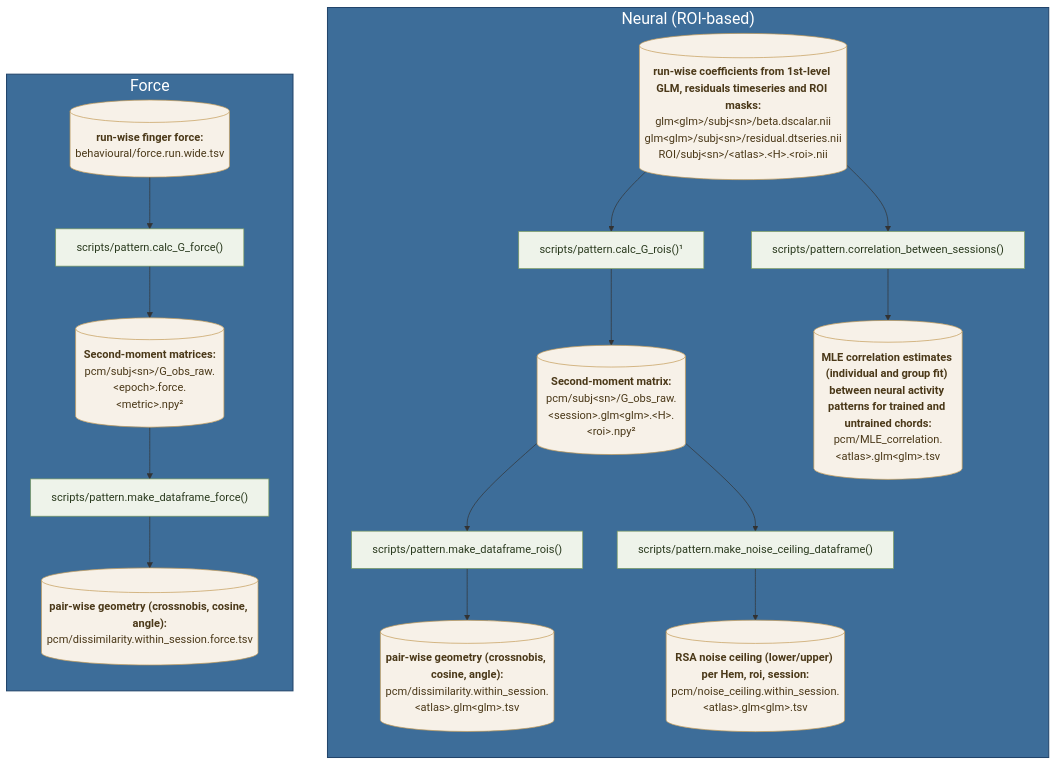
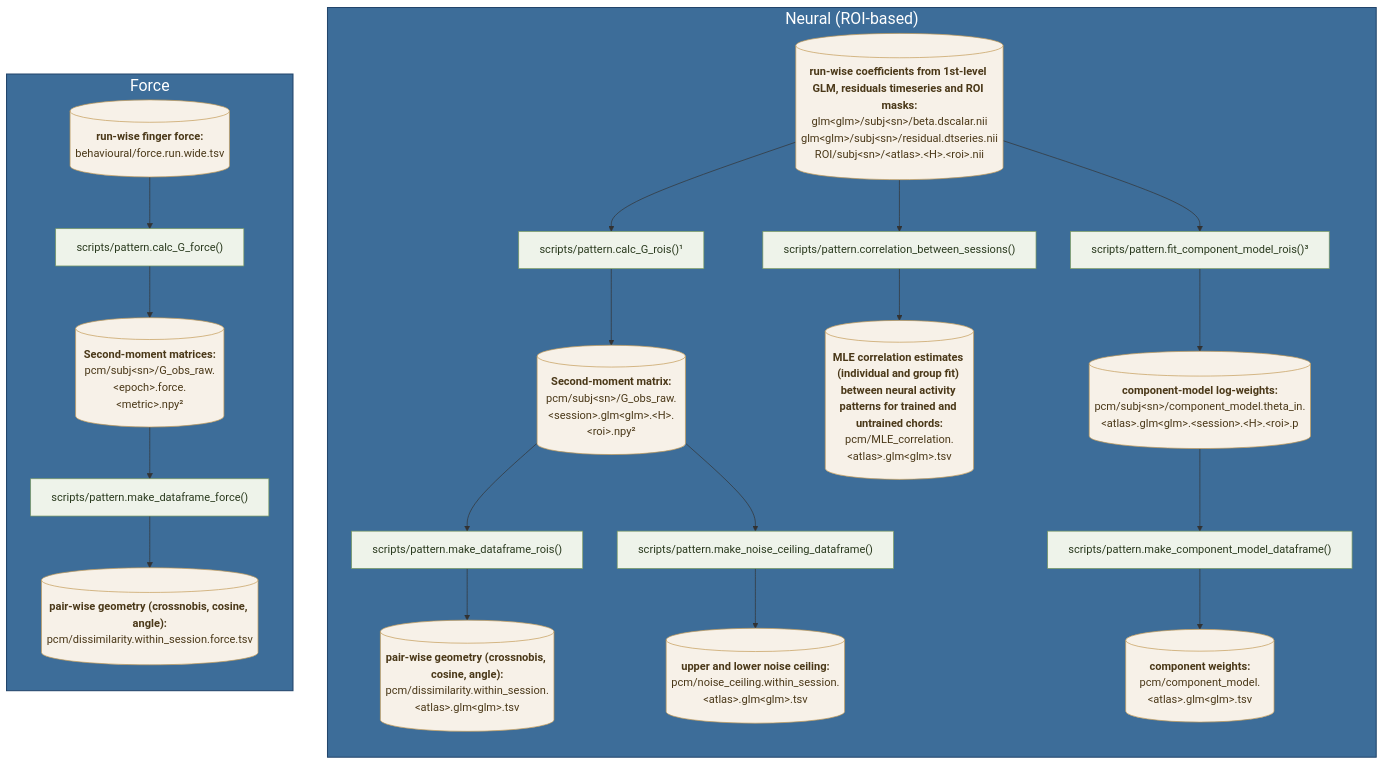
The third of 3 diagrams in README.md (mnlmrc/extension-flexion-chords), drawn with Mermaid before and after one commit. The commit also changed other lines of this file and 10 other files, not shown here.

````diff
--- a/README.md
+++ b/README.md
@@ -219,53 +219,63 @@
 ```mermaid
 flowchart TB
     subgraph NEURAL ["Neural (ROI-based)"]
         direction TB
         NBETA[("<b>run-wise coefficients from 1st-level GLM, residuals timeseries and ROI masks:</b><br/>glm#lt;glm#gt;/subj#lt;sn#gt;/beta.dscalar.nii<br/>glm#lt;glm#gt;/subj#lt;sn#gt;/residual.dtseries.nii<br/>ROI/subj#lt;sn#gt;/#lt;atlas#gt;.#lt;H#gt;.#lt;roi#gt;.nii")]:::data
 
         P_GROIS["scripts/pattern.calc_G_rois()¹"]:::code
         GROIS[("<b>Second-moment matrix:</b><br/>pcm/subj#lt;sn#gt;/G_obs_raw.#lt;session#gt;.glm#lt;glm#gt;.#lt;H#gt;.#lt;roi#gt;.npy²")]:::data
 
         P_DFROIS["scripts/pattern.make_dataframe_rois()"]:::code
         DFROIS[("<b>pair-wise geometry (crossnobis, cosine, angle):</b><br/>pcm/dissimilarity.within_session.#lt;atlas#gt;.glm#lt;glm#gt;.tsv")]:::data
 
         P_NC["scripts/pattern.make_noise_ceiling_dataframe()"]:::code
-        NC[("<b>RSA noise ceiling (lower/upper) per Hem, roi, session:</b><br/>pcm/noise_ceiling.within_session.#lt;atlas#gt;.glm#lt;glm#gt;.tsv")]:::data
+        NC[("<b>upper and lower noise ceiling:</b><br/>pcm/noise_ceiling.within_session.#lt;atlas#gt;.glm#lt;glm#gt;.tsv")]:::data
 
         P_CORR["scripts/pattern.correlation_between_sessions()"]:::code
         CORRMLE[("<b>MLE correlation estimates (individual and group fit) between neural activity patterns for trained and untrained chords:</b><br/>pcm/MLE_correlation.#lt;atlas#gt;.glm#lt;glm#gt;.tsv")]:::data
     %% CORRXVAL[("<b>cross-validated across-session cosine:</b><br/>pcm/xval_correlation.#lt;atlas#gt;.glm#lt;glm#gt;.tsv")]:::data
     %% CORRCOV[("<b>across-session cov per session-pair and chord set:</b><br/>pcm/cov.corr_across_sess.glm#lt;glm#gt;.#lt;spair#gt;.#lt;chord#gt;.#lt;H#gt;.#lt;roi#gt;.npy")]:::data
+
+        P_CFIT["scripts/pattern.fit_component_model_rois()³"]:::code
+        CTHETA[("<b>component-model log-weights:</b><br/>pcm/subj#lt;sn#gt;/component_model.theta_in.#lt;atlas#gt;.glm#lt;glm#gt;.#lt;session#gt;.#lt;H#gt;.#lt;roi#gt;.p")]:::data
+
+        P_CSUM["scripts/pattern.make_component_model_dataframe()"]:::code
+        CMODEL[("<b>component weights:</b><br/>pcm/component_model.#lt;atlas#gt;.glm#lt;glm#gt;.tsv")]:::data
 
         NBETA --> P_GROIS
         P_GROIS --> GROIS
         GROIS --> P_DFROIS
         P_DFROIS --> DFROIS
         GROIS --> P_NC
         P_NC --> NC
         NBETA --> P_CORR
         P_CORR --> CORRMLE
     %% P_CORR --> CORRXVAL
     %% P_CORR --> CORRCOV
+        NBETA --> P_CFIT
+        P_CFIT --> CTHETA
+        CTHETA --> P_CSUM
+        P_CSUM --> CMODEL
     end
 
     subgraph FORCE ["Force"]
         direction TB
         FRUN[("<b>run-wise finger force:</b><br/>behavioural/force.run.wide.tsv")]:::data
 
         P_GFORCE["scripts/pattern.calc_G_force()"]:::code
         GFORCE[("<b>Second-moment matrices:</b><br/>pcm/subj#lt;sn#gt;/G_obs_raw.#lt;epoch#gt;.force.#lt;metric#gt;.npy²")]:::data
 
         P_DFFORCE["scripts/pattern.make_dataframe_force()"]:::code
         DFFORCE[("<b>pair-wise geometry (crossnobis, cosine, angle):</b><br/>pcm/dissimilarity.within_session.force.tsv")]:::data
 
         FRUN --> P_GFORCE
         P_GFORCE --> GFORCE
         GFORCE --> P_DFFORCE
         P_DFFORCE --> DFFORCE
     end
 
     classDef code  fill:#eef3ea,stroke:#7a9a5f,color:#2a3a1e;
     classDef data  fill:#f7f1e8,stroke:#c39b56,color:#4a3818;
     classDef group fill:#3d6d99,stroke:#22456b,stroke-width:1.5px,color:#ffffff, font-size:23px;
     class NEURAL,FORCE group;
 ```
````
